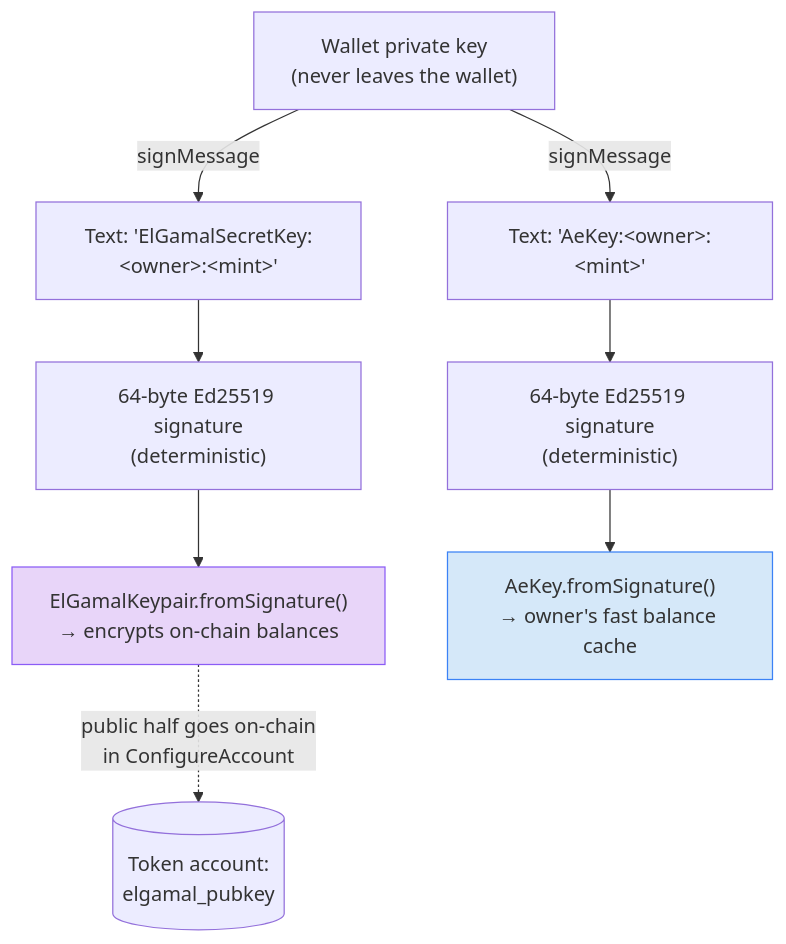
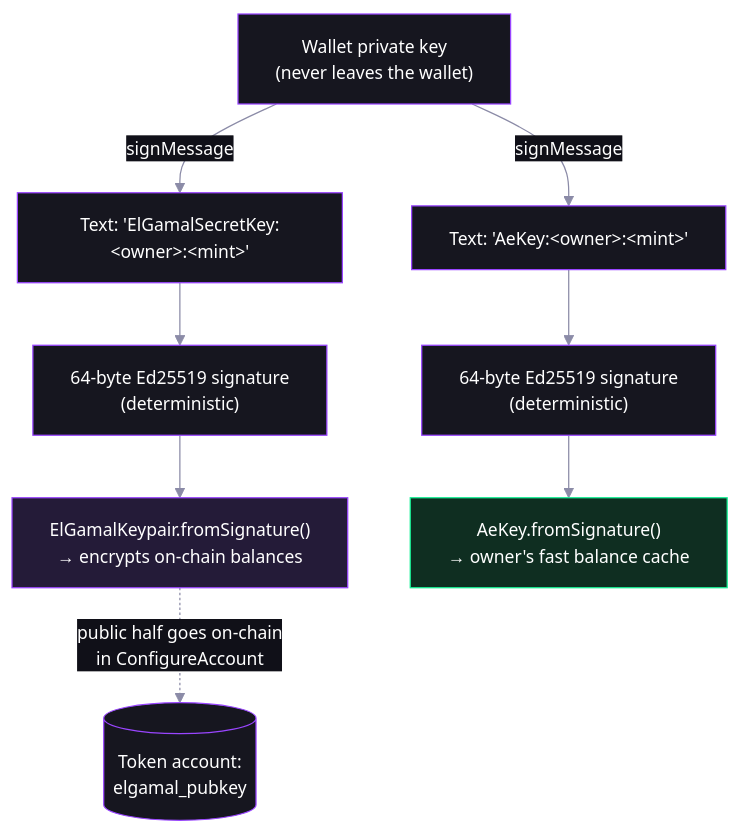
The diagram in workshop/02-configure-account.md (catmcgee/confidential-transfers-explorer), drawn with Mermaid before and after one commit. The commit also changed other lines of this file and 7 other files, not shown here.

````diff
--- a/workshop/02-configure-account.md
+++ b/workshop/02-configure-account.md
@@ -15,12 +15,15 @@
 ```mermaid
+%%{init: {'theme':'base','themeVariables':{'background':'transparent','primaryColor':'#16161f','primaryTextColor':'#ffffff','primaryBorderColor':'#9945FF','secondaryColor':'#0f2e21','secondaryTextColor':'#ffffff','secondaryBorderColor':'#14F195','tertiaryColor':'#241b38','tertiaryTextColor':'#ffffff','lineColor':'#8b8ba7','textColor':'#e6e6f0','fontSize':'14px','clusterBkg':'#101018','clusterBorder':'#3a3a4d','edgeLabelBackground':'#101018','actorBkg':'#16161f','actorTextColor':'#ffffff','actorBorder':'#9945FF','signalColor':'#e6e6f0','signalTextColor':'#e6e6f0','noteBkgColor':'#241b38','noteTextColor':'#e6e6f0','noteBorderColor':'#9945FF','labelBoxBkgColor':'#16161f','labelTextColor':'#ffffff','loopTextColor':'#e6e6f0'}}}%%
 flowchart TD
     W["Wallet private key<br/>(never leaves the wallet)"] -->|"signMessage"| M1["Text: 'ElGamalSecretKey:&lt;owner&gt;:&lt;mint&gt;'"]
     W -->|"signMessage"| M2["Text: 'AeKey:&lt;owner&gt;:&lt;mint&gt;'"]
     M1 --> S1["64-byte Ed25519 signature<br/>(deterministic)"]
     M2 --> S2["64-byte Ed25519 signature<br/>(deterministic)"]
     S1 --> K1["ElGamalKeypair.fromSignature()<br/>→ encrypts on-chain balances"]
     S2 --> K2["AeKey.fromSignature()<br/>→ owner's fast balance cache"]
     K1 -.->|"public half goes on-chain<br/>in ConfigureAccount"| CHAIN[("Token account:<br/>elgamal_pubkey")]
-    style K1 fill:#e8d5f9,stroke:#8b5cf6
-    style K2 fill:#d5e8f9,stroke:#3b82f6
+    classDef accent fill:#241b38,stroke:#9945FF,color:#ffffff
+    classDef ok fill:#0f2e21,stroke:#14F195,color:#ffffff
+    class K1 accent
+    class K2 ok
 ```
````
